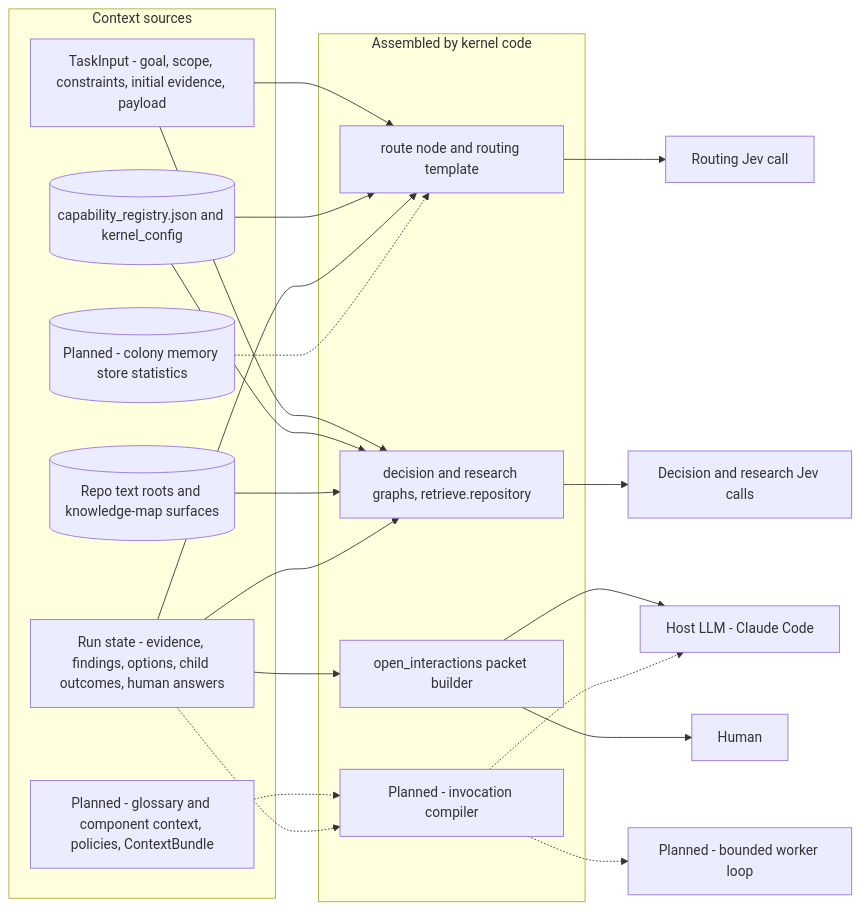
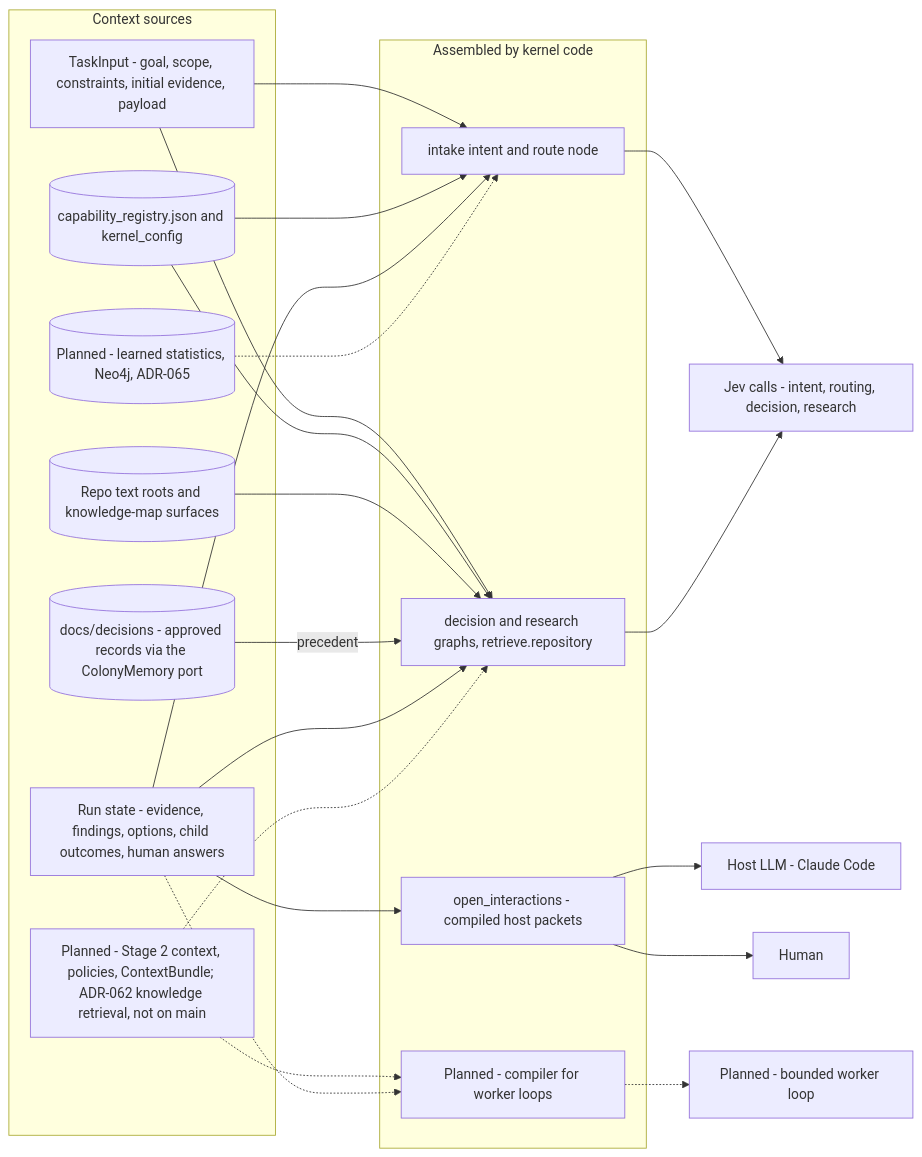
The diagram in docs/architecture/diagrams/decision-kernel-context-map.md (urlmonitor/leafcutter-ai), drawn with Mermaid before and after one commit. The commit also changed other lines of this file and 24 other files, not shown here.

First line of the commit message:
docs(kernel): reconcile colony memory with ADR-059..062; ADR-065 moves learned statistics to Neo4j

````diff
--- a/docs/architecture/diagrams/decision-kernel-context-map.md
+++ b/docs/architecture/diagrams/decision-kernel-context-map.md
@@ -43,39 +49,40 @@
 ```mermaid
 flowchart LR
   subgraph SRC["Context sources"]
     TI["TaskInput - goal, scope, constraints, initial evidence, payload"]
     CFG[("capability_registry.json and kernel_config")]
     REPO[("Repo text roots and knowledge-map surfaces")]
+    MEM[("docs/decisions - approved records via the ColonyMemory port")]
     RUN["Run state - evidence, findings, options, child outcomes, human answers"]
-    COL[("Planned - colony memory store statistics")]
-    LATER["Planned - glossary and component context, policies, ContextBundle"]
+    COL[("Planned - learned statistics, Neo4j, ADR-065")]
+    LATER["Planned - Stage 2 context, policies, ContextBundle; ADR-062 knowledge retrieval, not on main"]
   end
   subgraph ASM["Assembled by kernel code"]
-    ROUTE["route node and routing template"]
+    ROUTE["intake intent and route node"]
     GRAPHS["decision and research graphs, retrieve.repository"]
-    PKT["open_interactions packet builder"]
-    COMP["Planned - invocation compiler"]
+    PKT["open_interactions - compiled host packets"]
+    COMP["Planned - compiler for worker loops"]
   end
-  J1["Routing Jev call"]
-  J2["Decision and research Jev calls"]
+  JEV["Jev calls - intent, routing, decision, research"]
   HOST["Host LLM - Claude Code"]
   HUM["Human"]
   WRK["Planned - bounded worker loop"]
   TI --> ROUTE
   CFG --> ROUTE
   RUN --> ROUTE
   COL -.-> ROUTE
   TI --> GRAPHS
   CFG --> GRAPHS
   REPO --> GRAPHS
+  MEM -->|"precedent"| GRAPHS
   RUN --> GRAPHS
+  LATER -.-> GRAPHS
   RUN --> PKT
   LATER -.-> COMP
   RUN -.-> COMP
-  ROUTE --> J1
-  GRAPHS --> J2
+  ROUTE --> JEV
+  GRAPHS --> JEV
   PKT --> HOST
   PKT --> HUM
-  COMP -.-> HOST
   COMP -.-> WRK
 ```
````
